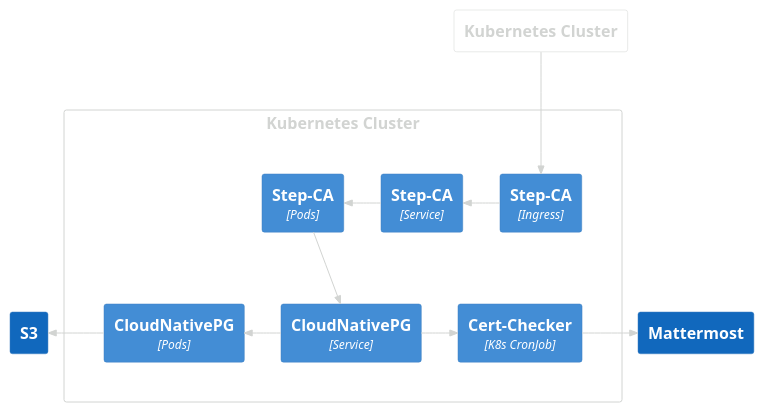
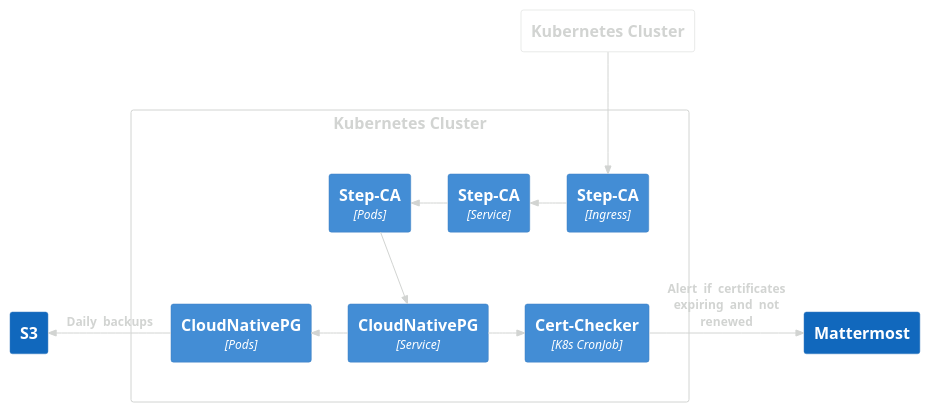
The seventh of 10 diagrams in slides.md (sachua/tgif-slides), drawn with PlantUML before and after one commit.

Commit message:
Add info to smallstep deployment

````diff
--- a/slides.md
+++ b/slides.md
@@ -404,43 +404,43 @@
 ```plantuml{scale: 0.7}
 @startuml
 skinparam {
   backgroundcolor transparent
   rectangle<<DUMMY>> {
     borderColor transparent
     stereotypeFontSize 0
     fontSize 0
   }
 }
 !include https://raw.githubusercontent.com/plantuml-stdlib/C4-PlantUML/master/C4_Context.puml
 !include https://raw.githubusercontent.com/plantuml-stdlib/C4-PlantUML/master/C4_Deployment.puml
 
 HIDE_STEREOTYPE()
 
 UpdateBoundaryStyle($fontColor="#d2d4d2",$borderColor="#d2d4d2",$borderStyle="line")
 UpdateRelStyle($textColor="#d2d4d2",$lineColor="#d2d4d2")
 
 Boundary(a0,'Kubernetes Cluster' ){
   rectangle padding <<DUMMY>> {
     Container(stepca_ing,"Step-CA","Ingress")
     Container(stepca_svc,"Step-CA", "Service")
     Container(stepca_pod,"Step-CA", "Pods")
     Container(cnpg_svc,"CloudNativePG","Service")
     Container(cnpg_pod,"CloudNativePG","Pods")
     Container(checker,"Cert-Checker","K8s CronJob")
   }
 }
 Boundary(b0,'Kubernetes Cluster' ){
 }
 System(s3, "S3")
 System(mm, "Mattermost")
 
 Rel(b0,stepca_ing,"")
 Rel_L(stepca_ing,stepca_svc,"")
 Rel_L(stepca_svc,stepca_pod,"")
 Rel_D(stepca_pod,cnpg_svc,"")
 Rel_L(cnpg_svc,cnpg_pod,"")
 Rel_R(cnpg_svc,checker,"")
-Rel_L(cnpg_pod,s3,"")
-Rel_R(checker,mm,"")
+Rel_L(cnpg_pod,s3,"Daily  backups")
+Rel_R(checker,mm,"Alert  if  certificates  expiring  and  not  renewed")
 @enduml
 ```
````
